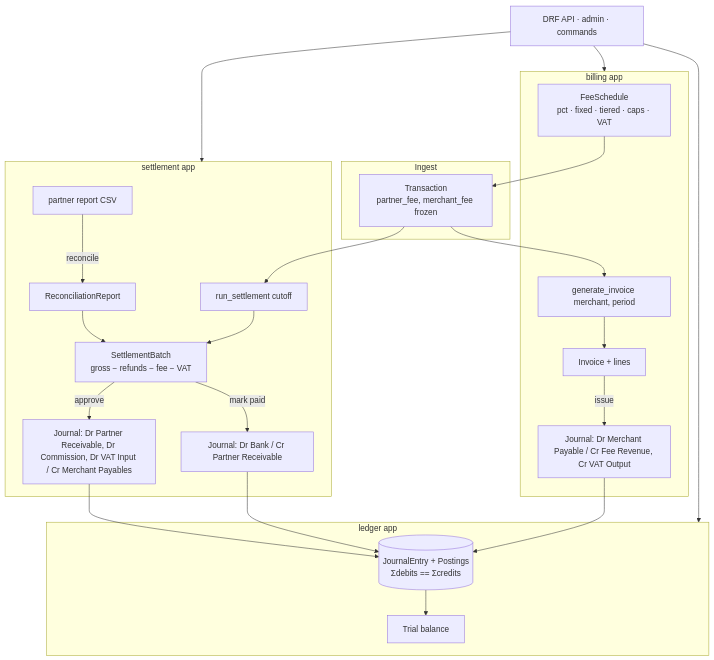
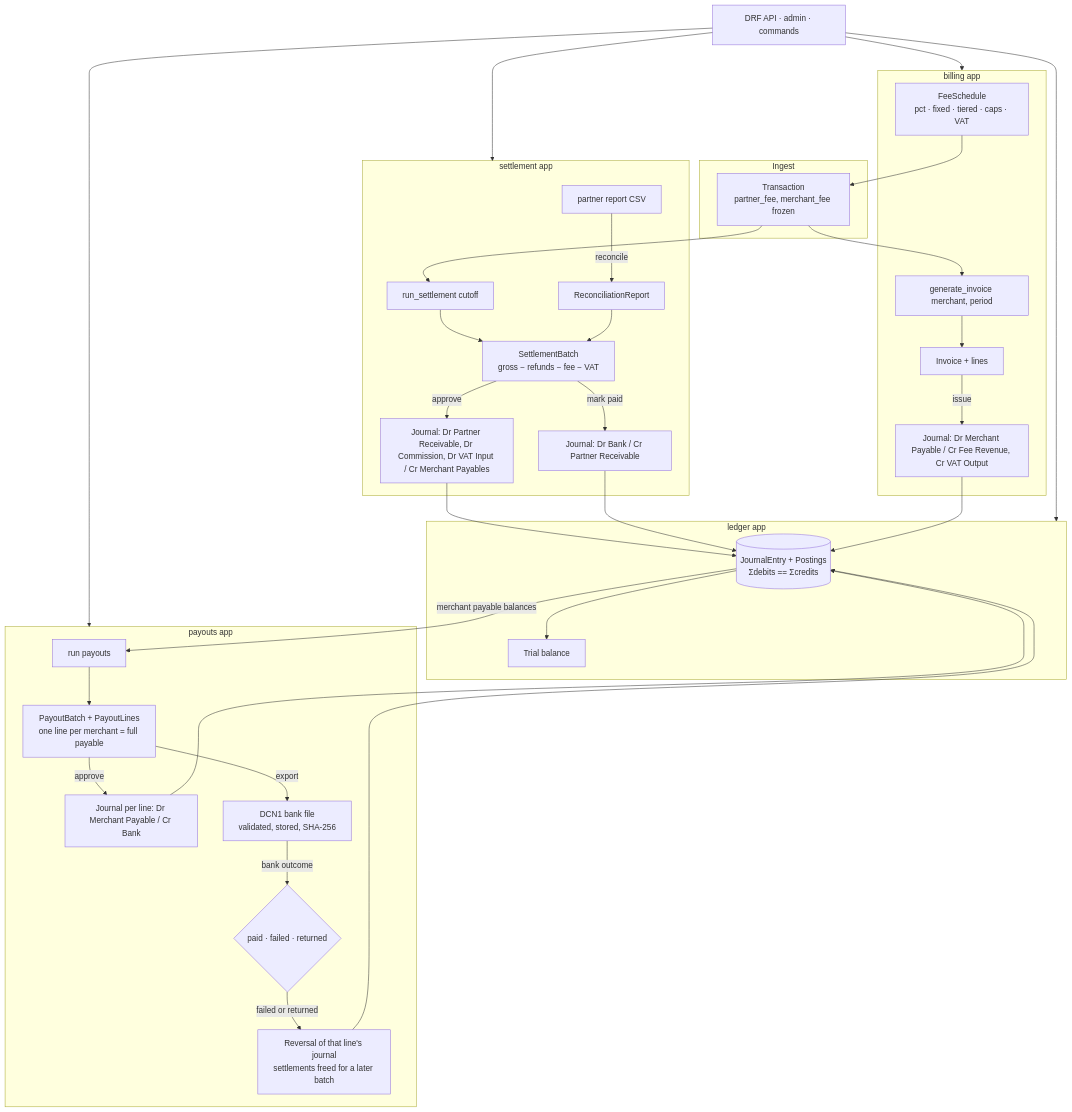
The diagram in README.md (AkibUllah/billing-settlement-engine), drawn with Mermaid before and after one commit. The commit also changed other lines of this file and 1 other file, not shown here.

First line of the commit message:
docs: describe merchant payouts and the DCN1 bank file

````diff
--- a/README.md
+++ b/README.md
@@ -52,25 +53,33 @@
 ```mermaid
 flowchart TB
     subgraph Ingest
         T[Transaction<br/>partner_fee, merchant_fee frozen] 
     end
     subgraph Settlement["settlement app"]
         RUN[run_settlement cutoff] --> B[SettlementBatch<br/>gross − refunds − fee − VAT]
         B -- approve --> J1[Journal: Dr Partner Receivable, Dr Commission, Dr VAT Input / Cr Merchant Payables]
         B -- mark paid --> J2[Journal: Dr Bank / Cr Partner Receivable]
         CSV[partner report CSV] -- reconcile --> R[ReconciliationReport]
         R --> B
     end
     subgraph Billing["billing app"]
         FS[FeeSchedule<br/>pct · fixed · tiered · caps · VAT] --> T
         GEN[generate_invoice merchant, period] --> INV[Invoice + lines]
         INV -- issue --> J3[Journal: Dr Merchant Payable / Cr Fee Revenue, Cr VAT Output]
     end
+    subgraph Payouts["payouts app"]
+        PRUN[run payouts] --> PB[PayoutBatch + PayoutLines<br/>one line per merchant = full payable]
+        PB -- approve --> J4[Journal per line: Dr Merchant Payable / Cr Bank]
+        PB -- export --> FILE[DCN1 bank file<br/>validated, stored, SHA-256]
+        FILE -- bank outcome --> OUT{paid · failed · returned}
+        OUT -- failed or returned --> J5[Reversal of that line's journal<br/>settlements freed for a later batch]
+    end
     subgraph Ledger["ledger app"]
-        J1 & J2 & J3 --> L[(JournalEntry + Postings<br/>Σdebits == Σcredits)]
+        J1 & J2 & J3 & J4 & J5 --> L[(JournalEntry + Postings<br/>Σdebits == Σcredits)]
         L --> TB[Trial balance]
     end
     T --> RUN
     T --> GEN
-    API[DRF API · admin · commands] --> Settlement & Billing & Ledger
+    L -- merchant payable balances --> PRUN
+    API[DRF API · admin · commands] --> Settlement & Billing & Payouts & Ledger
 ```
````
